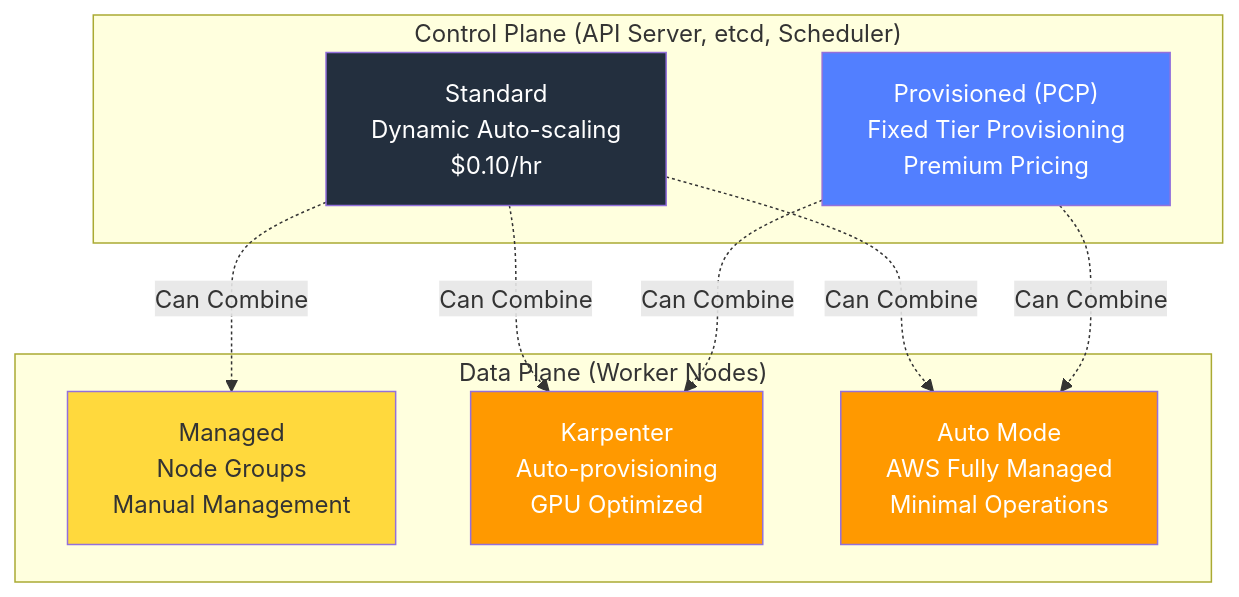
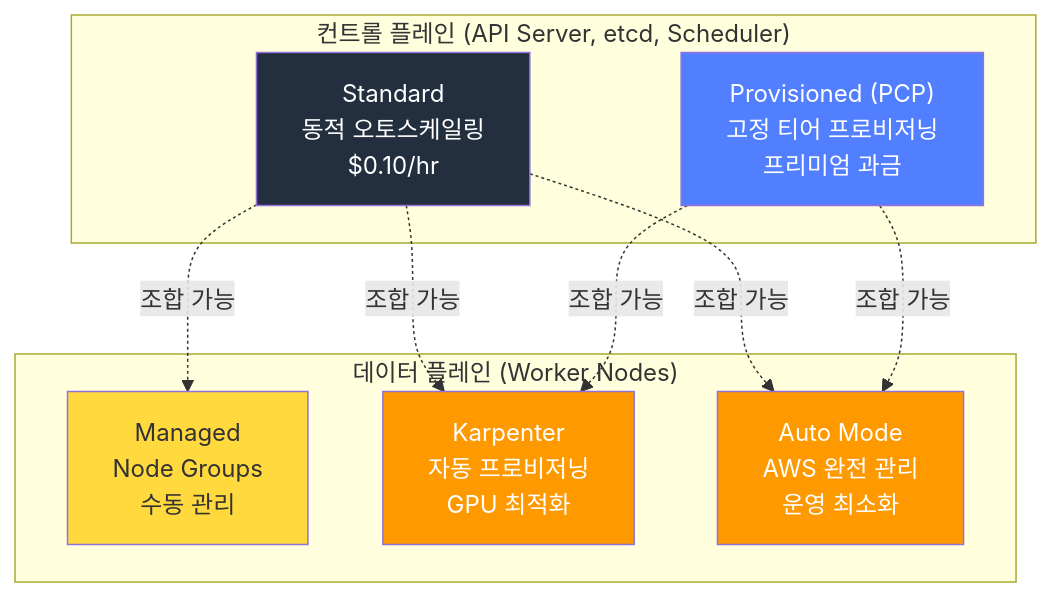
Before and after one commit to devfloor9/engineering-playbook: the second of 11 diagrams in i18n/en/docusaurus-plugin-content-docs/current/agentic-ai-platform/design-architecture/agentic-ai-solutions-eks.md, drawn with Mermaid. The commit also changed other lines of this file and 6 other files, not shown here.

````diff
--- a/i18n/en/docusaurus-plugin-content-docs/current/agentic-ai-platform/design-architecture/agentic-ai-solutions-eks.md
+++ b/i18n/en/docusaurus-plugin-content-docs/current/agentic-ai-platform/design-architecture/agentic-ai-solutions-eks.md
@@ -88,25 +88,25 @@
 ```mermaid
 flowchart TD
-    subgraph ControlPlane["Control Plane (API Server, etcd, Scheduler)"]
-        CP_STD["Standard<br/>Dynamic Auto-scaling<br/>$0.10/hr"]
-        CP_PCP["Provisioned (PCP)<br/>Fixed Tier Provisioning<br/>Premium Pricing"]
+    subgraph ControlPlane["컨트롤 플레인 (API Server, etcd, Scheduler)"]
+        CP_STD["Standard<br/>동적 오토스케일링<br/>$0.10/hr"]
+        CP_PCP["Provisioned (PCP)<br/>고정 티어 프로비저닝<br/>프리미엄 과금"]
     end
 
-    subgraph DataPlane["Data Plane (Worker Nodes)"]
-        DP_MNG["Managed<br/>Node Groups<br/>Manual Management"]
-        DP_KARP["Karpenter<br/>Auto-provisioning<br/>GPU Optimized"]
-        DP_AUTO["Auto Mode<br/>AWS Fully Managed<br/>Minimal Operations"]
+    subgraph DataPlane["데이터 플레인 (Worker Nodes)"]
+        DP_MNG["Managed<br/>Node Groups<br/>수동 관리"]
+        DP_KARP["Karpenter<br/>자동 프로비저닝<br/>GPU 최적화"]
+        DP_AUTO["Auto Mode<br/>AWS 완전 관리<br/>운영 최소화"]
     end
 
-    CP_STD -.->|"Can Combine"| DP_MNG
-    CP_STD -.->|"Can Combine"| DP_KARP
-    CP_STD -.->|"Can Combine"| DP_AUTO
-    CP_PCP -.->|"Can Combine"| DP_KARP
-    CP_PCP -.->|"Can Combine"| DP_AUTO
+    CP_STD -.->|조합 가능| DP_MNG
+    CP_STD -.->|조합 가능| DP_KARP
+    CP_STD -.->|조합 가능| DP_AUTO
+    CP_PCP -.->|조합 가능| DP_KARP
+    CP_PCP -.->|조합 가능| DP_AUTO
 
     style CP_STD fill:#232f3e,color:#fff
     style CP_PCP fill:#527fff,color:#fff
     style DP_MNG fill:#ffd93d
     style DP_KARP fill:#ff9900,color:#fff
     style DP_AUTO fill:#ff9900,color:#fff
 ```
````
